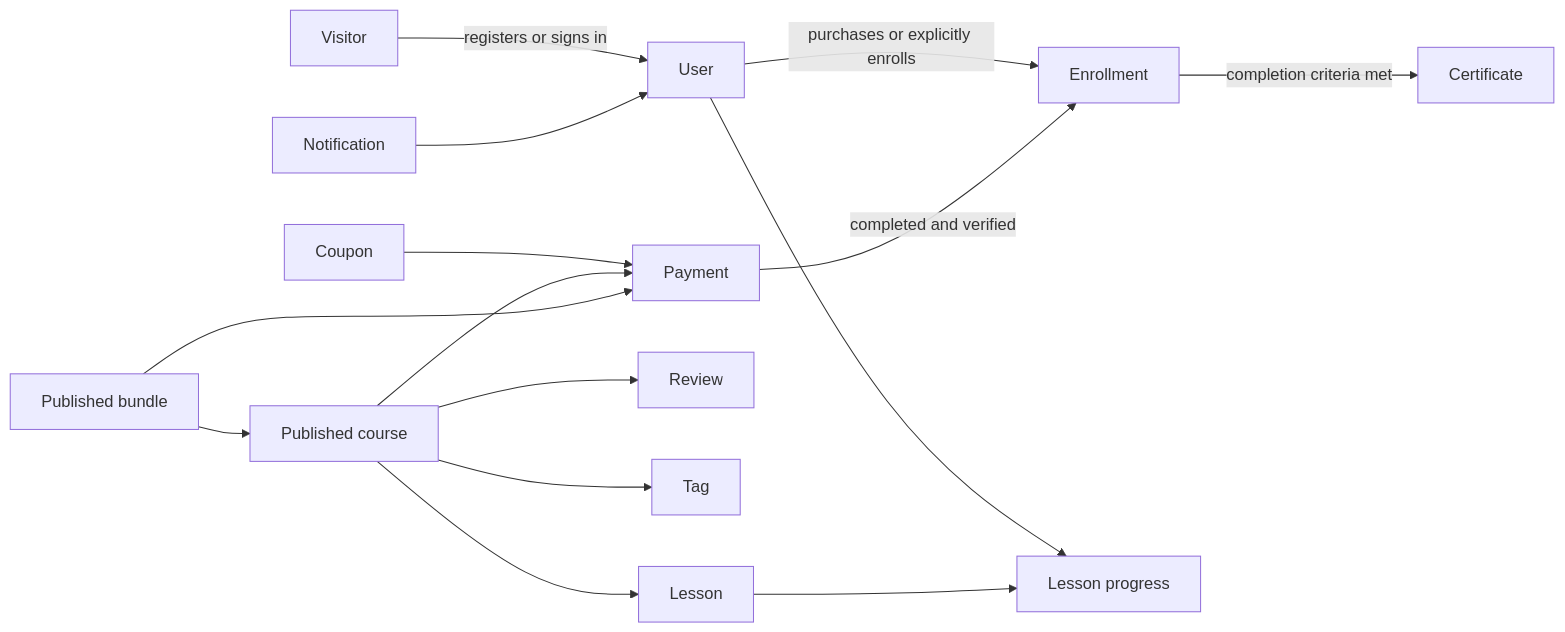
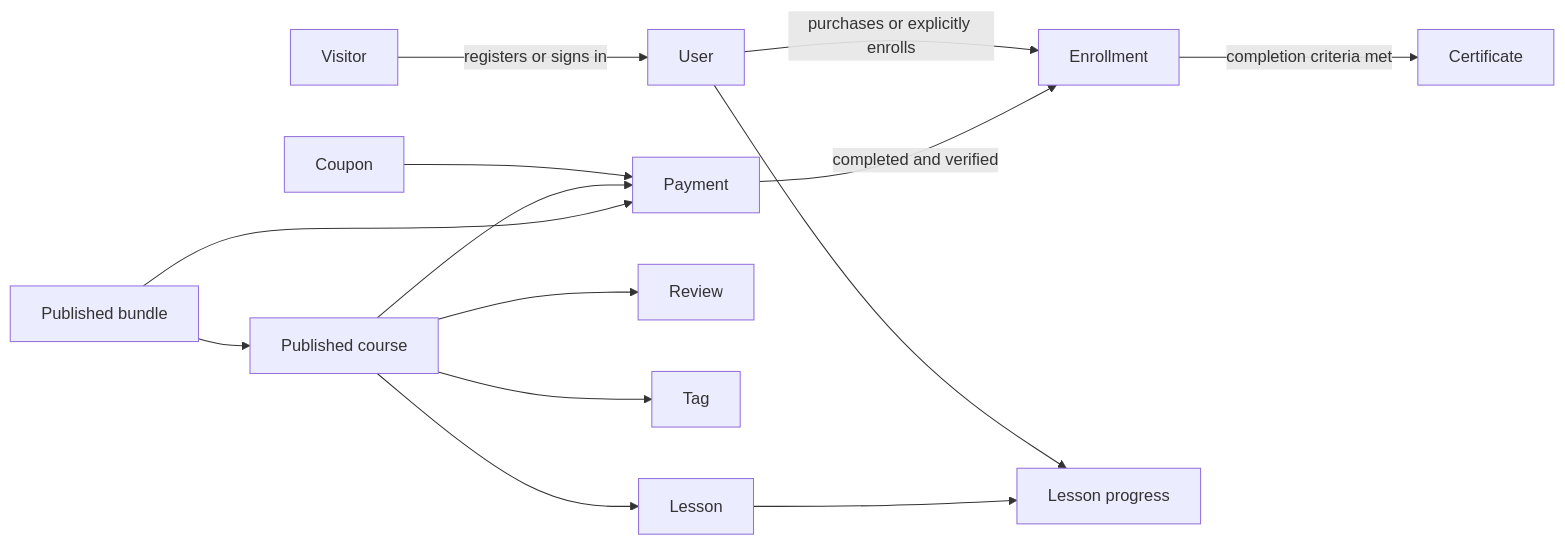
Before and after one commit to ohmiler/milerdev: the diagram in docs/glossary/user-facing-redesign-domain.md, drawn with Mermaid. The commit also changed other lines of this file and 20 other files, not shown here.

````diff
--- a/docs/glossary/user-facing-redesign-domain.md
+++ b/docs/glossary/user-facing-redesign-domain.md
@@ -11,17 +11,16 @@
 ```mermaid
 flowchart LR
     Visitor[Visitor] -->|registers or signs in| User[User]
     User -->|purchases or explicitly enrolls| Enrollment[Enrollment]
     Course[Published course] --> Lesson[Lesson]
     Course --> Review[Review]
     Course --> Tag[Tag]
     Bundle[Published bundle] --> Course
     Coupon[Coupon] --> Payment[Payment]
     Course --> Payment
     Bundle --> Payment
     Payment -->|completed and verified| Enrollment
     User --> LessonProgress[Lesson progress]
     Lesson --> LessonProgress
     Enrollment -->|completion criteria met| Certificate[Certificate]
-    Notification[Notification] --> User
 ```
````
